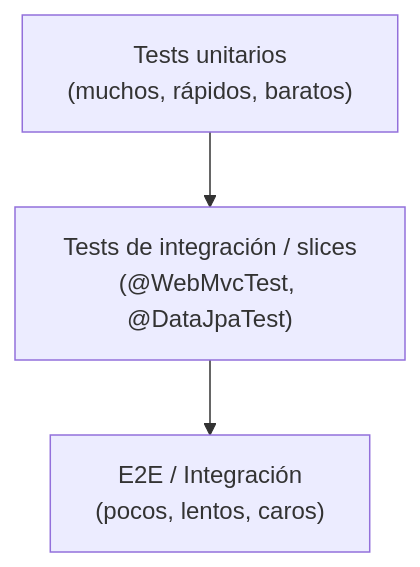
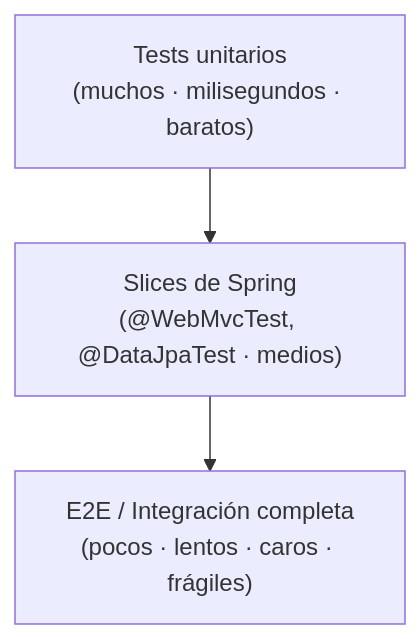
The first of 3 diagrams in Programación/Aprendizaje autodidacta/11_APIRESTMasterclass/teoria/19_Testing_APIs.md (obiticadev/DAM-2025-26), drawn with Mermaid before and after one commit. The commit also changed other lines of this file and 69 other files, not shown here.

````diff
--- a/Programación/Aprendizaje autodidacta/11_APIRESTMasterclass/teoria/19_Testing_APIs.md
+++ b/Programación/Aprendizaje autodidacta/11_APIRESTMasterclass/teoria/19_Testing_APIs.md
@@ -15,7 +44,7 @@
 ```mermaid
 flowchart TD
-    E2E["E2E / Integración<br/>(pocos, lentos, caros)"]
-    INT["Tests de integración / slices<br/>(@WebMvcTest, @DataJpaTest)"]
-    UNIT["Tests unitarios<br/>(muchos, rápidos, baratos)"]
+    E2E["E2E / Integración completa<br/>(pocos · lentos · caros · frágiles)"]
+    INT["Slices de Spring<br/>(@WebMvcTest, @DataJpaTest · medios)"]
+    UNIT["Tests unitarios<br/>(muchos · milisegundos · baratos)"]
     UNIT --> INT --> E2E
 ```
````
